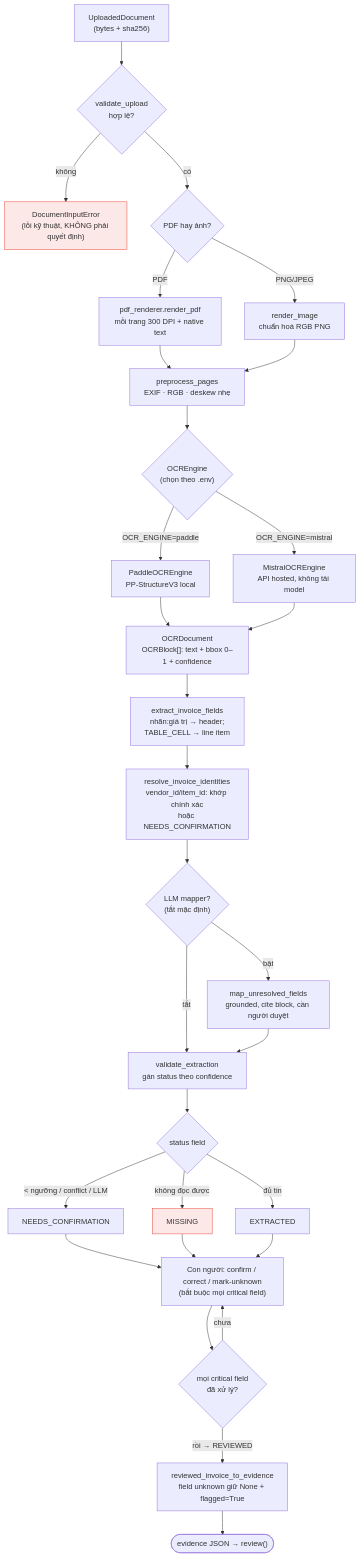
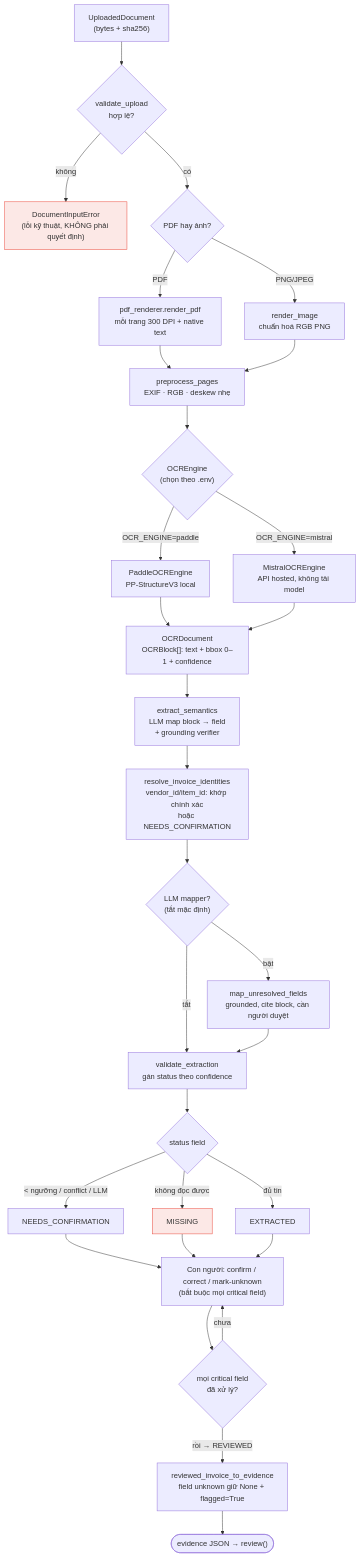
Before and after one commit to Nnguyen-dev2805/InvoiceReferee: the second of 4 diagrams in docs/SYSTEM_FLOW.md, drawn with Mermaid. The commit also changed other lines of this file and 107 other files, not shown here.

````diff
--- a/docs/SYSTEM_FLOW.md
+++ b/docs/SYSTEM_FLOW.md
@@ -62,40 +62,40 @@
 ```mermaid
 flowchart TD
     U["UploadedDocument<br/>(bytes + sha256)"] --> VAL{"validate_upload<br/>hợp lệ?"}
     VAL -->|"không"| ERR["DocumentInputError<br/>(lỗi kỹ thuật, KHÔNG phải quyết định)"]
     VAL -->|"có"| ROUTE{"PDF hay ảnh?"}
 
     ROUTE -->|PDF| PDF["pdf_renderer.render_pdf<br/>mỗi trang 300 DPI + native text"]
     ROUTE -->|"PNG/JPEG"| IMG["render_image<br/>chuẩn hoá RGB PNG"]
     PDF --> PP["preprocess_pages<br/>EXIF · RGB · deskew nhẹ"]
     IMG --> PP
 
     PP --> ENG{"OCREngine<br/>(chọn theo .env)"}
     ENG -->|"OCR_ENGINE=paddle"| PADDLE["PaddleOCREngine<br/>PP-StructureV3 local"]
     ENG -->|"OCR_ENGINE=mistral"| MIS["MistralOCREngine<br/>API hosted, không tải model"]
     PADDLE --> OD["OCRDocument<br/>OCRBlock[]: text + bbox 0–1 + confidence"]
     MIS --> OD
 
-    OD --> XF["extract_invoice_fields<br/>nhãn:giá trị → header;<br/>TABLE_CELL → line item"]
+    OD --> XF["extract_semantics<br/>LLM map block → field<br/>+ grounding verifier"]
     XF --> IDR["resolve_invoice_identities<br/>vendor_id/item_id: khớp chính xác<br/>hoặc NEEDS_CONFIRMATION"]
     IDR --> LLM{"LLM mapper?<br/>(tắt mặc định)"}
     LLM -->|bật| LLMM["map_unresolved_fields<br/>grounded, cite block, cần người duyệt"]
     LLM -->|tắt| VLD
     LLMM --> VLD["validate_extraction<br/>gán status theo confidence"]
 
     VLD --> ST{"status field"}
     ST -->|"< ngưỡng / conflict / LLM"| NC["NEEDS_CONFIRMATION"]
     ST -->|"không đọc được"| MISS["MISSING"]
     ST -->|"đủ tin"| EX["EXTRACTED"]
 
     NC --> HUMAN
     MISS --> HUMAN
     EX --> HUMAN["Con người: confirm / correct / mark-unknown<br/>(bắt buộc mọi critical field)"]
     HUMAN --> REV{"mọi critical field<br/>đã xử lý?"}
     REV -->|"chưa"| HUMAN
     REV -->|"rồi → REVIEWED"| CONV["reviewed_invoice_to_evidence<br/>field unknown giữ None + flagged=True"]
     CONV --> EVID(["evidence JSON → review()"])
 
     classDef warn fill:#fce8e6,stroke:#ea4335;
     class ERR,MISS warn;
 ```
````
